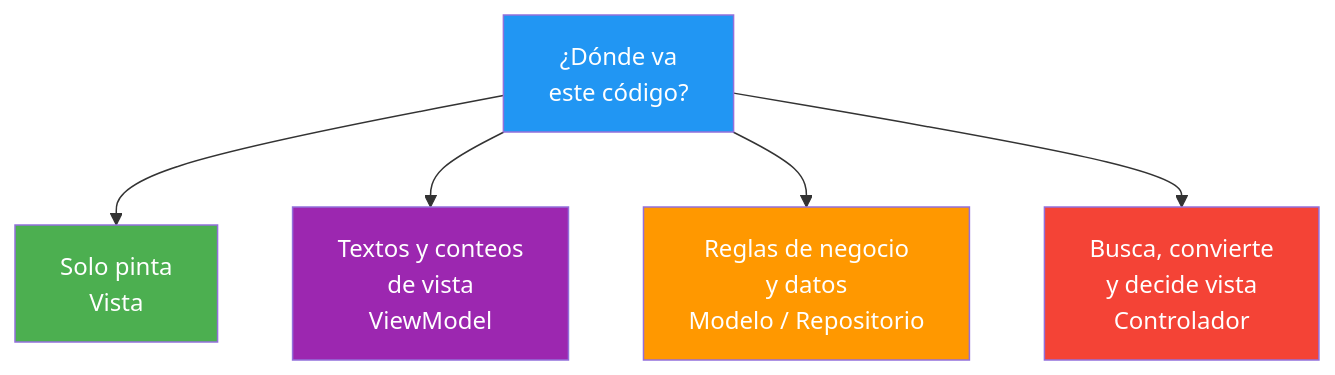
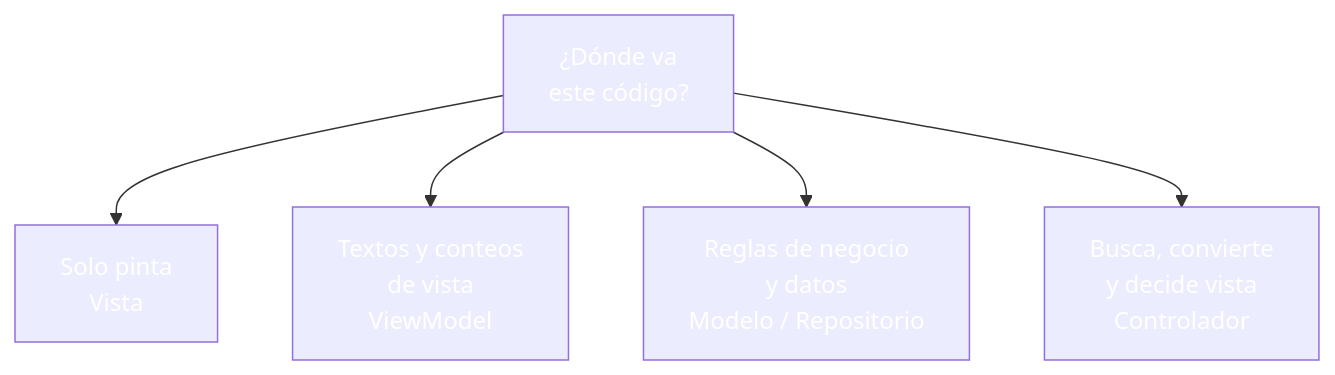
The fourth of 4 diagrams in 09-mvc-vistas-viewmodels.md (joseluisgs/DesarrolloWebEntornosServidor-03-2026-2027), drawn with Mermaid before and after one commit. The commit also changed other lines of this file and 30 other files, not shown here.

````diff
--- a/09-mvc-vistas-viewmodels.md
+++ b/09-mvc-vistas-viewmodels.md
@@ -415,12 +415,12 @@
 ```mermaid
 graph TD
     Q["¿Dónde va<br/>este código?"] --> A["Solo pinta<br/>Vista"]
     Q --> B["Textos y conteos<br/>de vista<br/>ViewModel"]
     Q --> C["Reglas de negocio<br/>y datos<br/>Modelo / Repositorio"]
     Q --> D["Busca, convierte<br/>y decide vista<br/>Controlador"]
-    style Q fill:#2196F3,color:#fff
-    style A fill:#4CAF50,color:#fff
-    style B fill:#9C27B0,color:#fff
-    style C fill:#FF9800,color:#fff
-    style D fill:#f44336,color:#fff
+    style Q fill:#2196F,color:#fff3,color:#fff
+    style A fill:#4CAF5,color:#fff0,color:#fff
+    style B fill:#9C27B,color:#fff0,color:#fff
+    style C fill:#FF980,color:#fff0,color:#fff
+    style D fill:#f4433,color:#fff6,color:#fff
 ```
````
